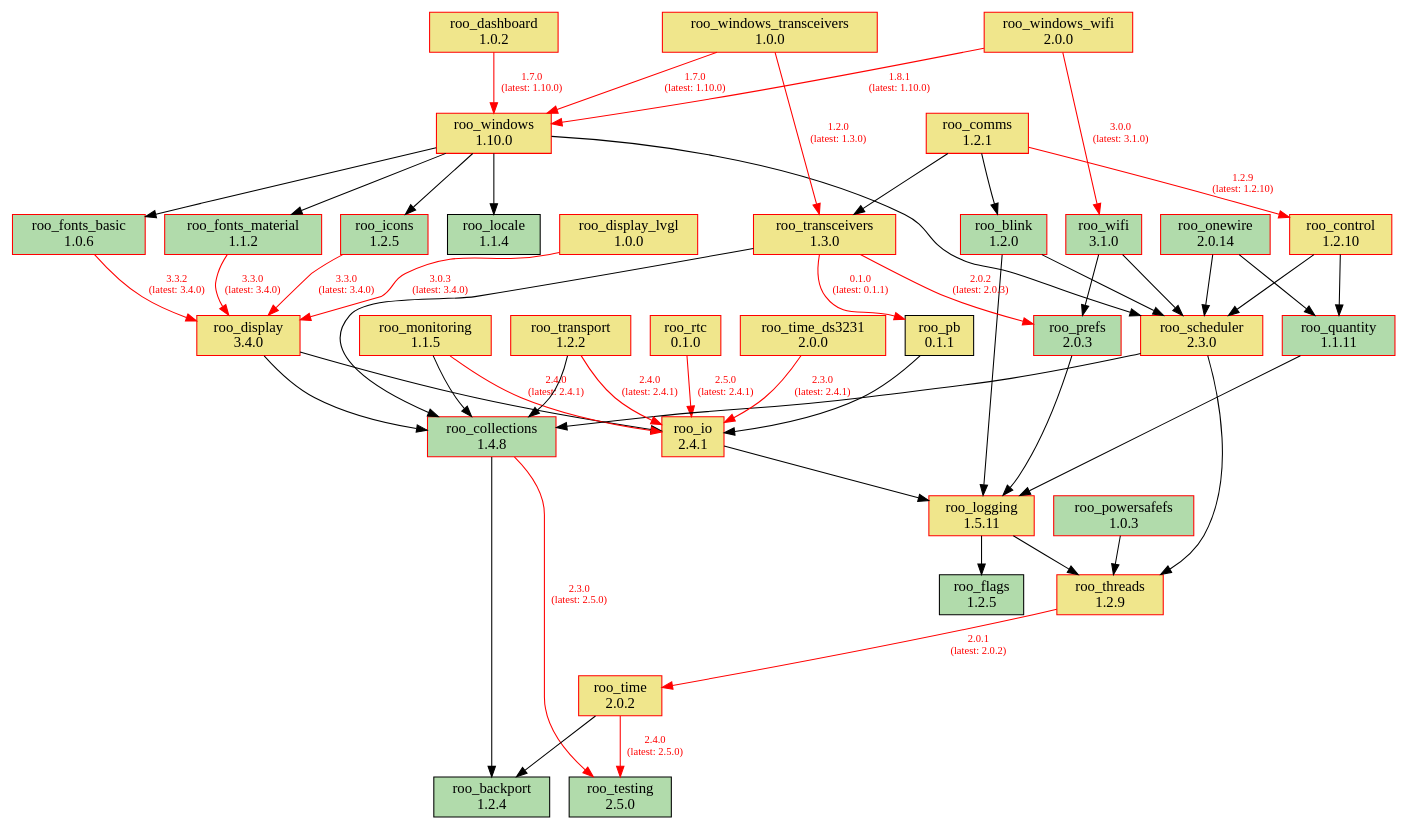
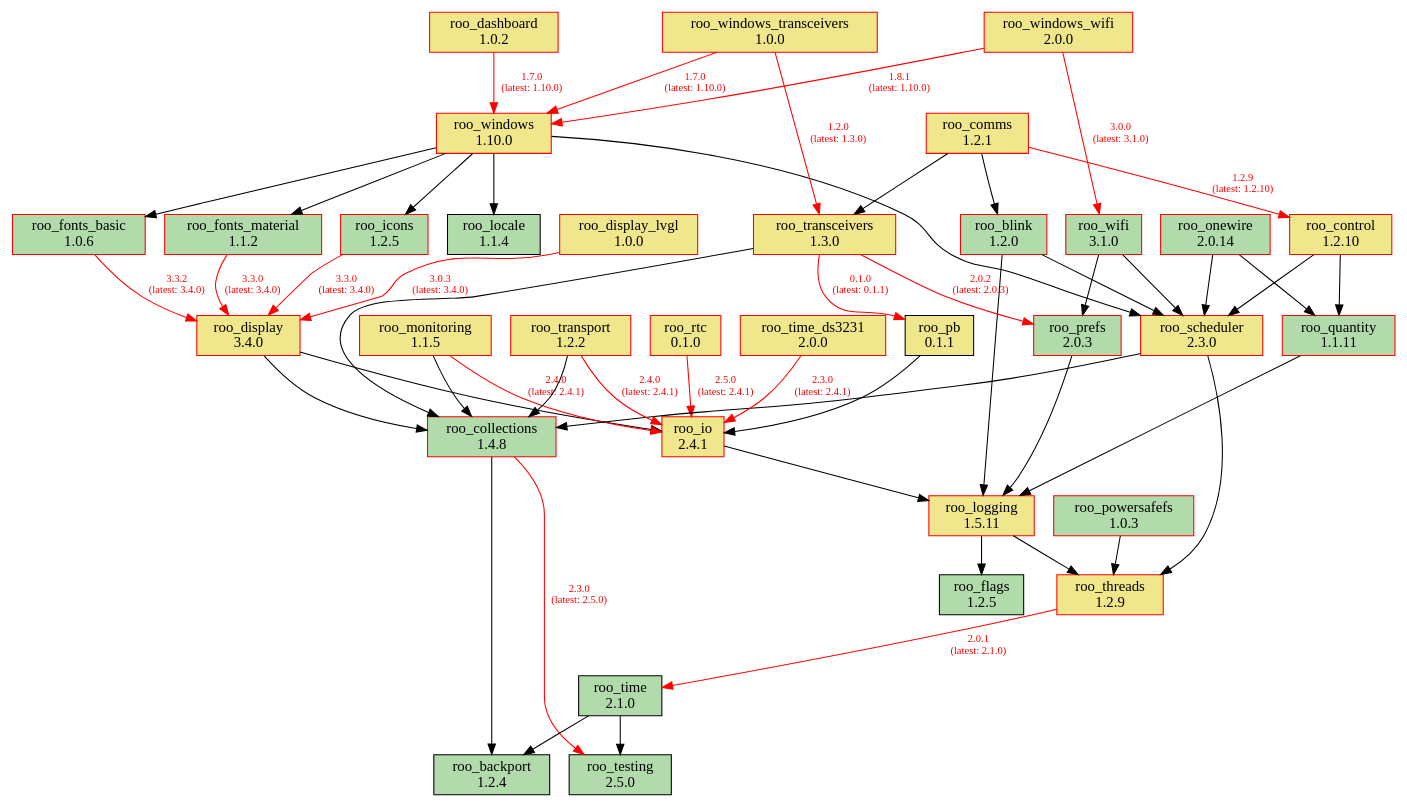
The diagram in doc/dependencies.dot (dejwk/roo-registry), drawn with Graphviz before and after one commit. The commit also changed 3 other files, not shown here.

Commit message:
Added roo_time 2.1.0 to the registry.

```diff
--- a/doc/dependencies.dot
+++ b/doc/dependencies.dot
@@ -1,92 +1,92 @@
 digraph dependencies {
     rankdir=TB;
     node [shape=box, style=filled];
     edge [fontsize=10];
 
     // Modules
     "roo_backport" [label="roo_backport\n1.2.4", fillcolor="#b1dbab", color="black"];
     "roo_blink" [label="roo_blink\n1.2.0", fillcolor="#b1dbab", color="red"];
     "roo_collections" [label="roo_collections\n1.4.8", fillcolor="#b1dbab", color="red"];
     "roo_comms" [label="roo_comms\n1.2.1", fillcolor="khaki", color="red"];
     "roo_control" [label="roo_control\n1.2.10", fillcolor="khaki", color="red"];
     "roo_dashboard" [label="roo_dashboard\n1.0.2", fillcolor="khaki", color="red"];
     "roo_display" [label="roo_display\n3.4.0", fillcolor="khaki", color="red"];
     "roo_display_lvgl" [label="roo_display_lvgl\n1.0.0", fillcolor="khaki", color="red"];
     "roo_flags" [label="roo_flags\n1.2.5", fillcolor="#b1dbab", color="black"];
     "roo_fonts_basic" [label="roo_fonts_basic\n1.0.6", fillcolor="#b1dbab", color="red"];
     "roo_fonts_material" [label="roo_fonts_material\n1.1.2", fillcolor="#b1dbab", color="red"];
     "roo_icons" [label="roo_icons\n1.2.5", fillcolor="#b1dbab", color="red"];
     "roo_io" [label="roo_io\n2.4.1", fillcolor="khaki", color="red"];
     "roo_locale" [label="roo_locale\n1.1.4", fillcolor="#b1dbab", color="black"];
     "roo_logging" [label="roo_logging\n1.5.11", fillcolor="khaki", color="red"];
     "roo_monitoring" [label="roo_monitoring\n1.1.5", fillcolor="khaki", color="red"];
     "roo_onewire" [label="roo_onewire\n2.0.14", fillcolor="#b1dbab", color="red"];
     "roo_pb" [label="roo_pb\n0.1.1", fillcolor="khaki", color="black"];
     "roo_powersafefs" [label="roo_powersafefs\n1.0.3", fillcolor="#b1dbab", color="red"];
     "roo_prefs" [label="roo_prefs\n2.0.3", fillcolor="#b1dbab", color="red"];
     "roo_quantity" [label="roo_quantity\n1.1.11", fillcolor="#b1dbab", color="red"];
     "roo_rtc" [label="roo_rtc\n0.1.0", fillcolor="khaki", color="red"];
     "roo_scheduler" [label="roo_scheduler\n2.3.0", fillcolor="khaki", color="red"];
     "roo_testing" [label="roo_testing\n2.5.0", fillcolor="#b1dbab", color="black"];
     "roo_threads" [label="roo_threads\n1.2.9", fillcolor="khaki", color="red"];
-    "roo_time" [label="roo_time\n2.0.2", fillcolor="khaki", color="red"];
+    "roo_time" [label="roo_time\n2.1.0", fillcolor="#b1dbab", color="black"];
     "roo_time_ds3231" [label="roo_time_ds3231\n2.0.0", fillcolor="khaki", color="red"];
     "roo_transceivers" [label="roo_transceivers\n1.3.0", fillcolor="khaki", color="red"];
     "roo_transport" [label="roo_transport\n1.2.2", fillcolor="khaki", color="red"];
     "roo_wifi" [label="roo_wifi\n3.1.0", fillcolor="#b1dbab", color="red"];
     "roo_windows" [label="roo_windows\n1.10.0", fillcolor="khaki", color="red"];
     "roo_windows_transceivers" [label="roo_windows_transceivers\n1.0.0", fillcolor="khaki", color="red"];
     "roo_windows_wifi" [label="roo_windows_wifi\n2.0.0", fillcolor="khaki", color="red"];
 
     // Dependencies
     "roo_blink" -> "roo_logging";
     "roo_blink" -> "roo_scheduler";
     "roo_collections" -> "roo_testing" [color=red, fontcolor=red, label="2.3.0\n(latest: 2.5.0)"];
     "roo_collections" -> "roo_backport";
     "roo_comms" -> "roo_blink";
     "roo_comms" -> "roo_control" [color=red, fontcolor=red, label="1.2.9\n(latest: 1.2.10)"];
     "roo_comms" -> "roo_transceivers";
     "roo_control" -> "roo_quantity";
     "roo_control" -> "roo_scheduler";
     "roo_dashboard" -> "roo_windows" [color=red, fontcolor=red, label="1.7.0\n(latest: 1.10.0)"];
     "roo_display" -> "roo_collections";
     "roo_display" -> "roo_io";
     "roo_display_lvgl" -> "roo_display" [color=red, fontcolor=red, label="3.0.3\n(latest: 3.4.0)"];
     "roo_fonts_basic" -> "roo_display" [color=red, fontcolor=red, label="3.3.2\n(latest: 3.4.0)"];
     "roo_fonts_material" -> "roo_display" [color=red, fontcolor=red, label="3.3.0\n(latest: 3.4.0)"];
     "roo_icons" -> "roo_display" [color=red, fontcolor=red, label="3.3.0\n(latest: 3.4.0)"];
     "roo_io" -> "roo_logging";
     "roo_logging" -> "roo_flags";
     "roo_logging" -> "roo_threads";
     "roo_monitoring" -> "roo_collections";
     "roo_monitoring" -> "roo_io" [color=red, fontcolor=red, label="2.4.0\n(latest: 2.4.1)"];
     "roo_onewire" -> "roo_scheduler";
     "roo_onewire" -> "roo_quantity";
     "roo_pb" -> "roo_io";
     "roo_powersafefs" -> "roo_threads";
     "roo_prefs" -> "roo_logging";
     "roo_quantity" -> "roo_logging";
     "roo_rtc" -> "roo_io" [color=red, fontcolor=red, label="2.5.0\n(latest: 2.4.1)"];
     "roo_scheduler" -> "roo_collections";
     "roo_scheduler" -> "roo_threads";
-    "roo_threads" -> "roo_time" [color=red, fontcolor=red, label="2.0.1\n(latest: 2.0.2)"];
-    "roo_time" -> "roo_testing" [color=red, fontcolor=red, label="2.4.0\n(latest: 2.5.0)"];
+    "roo_threads" -> "roo_time" [color=red, fontcolor=red, label="2.0.1\n(latest: 2.1.0)"];
+    "roo_time" -> "roo_testing";
     "roo_time" -> "roo_backport";
     "roo_time_ds3231" -> "roo_io" [color=red, fontcolor=red, label="2.3.0\n(latest: 2.4.1)"];
     "roo_transceivers" -> "roo_pb" [color=red, fontcolor=red, label="0.1.0\n(latest: 0.1.1)"];
     "roo_transceivers" -> "roo_collections";
     "roo_transceivers" -> "roo_prefs" [color=red, fontcolor=red, label="2.0.2\n(latest: 2.0.3)"];
     "roo_transport" -> "roo_collections";
     "roo_transport" -> "roo_io" [color=red, fontcolor=red, label="2.4.0\n(latest: 2.4.1)"];
     "roo_wifi" -> "roo_prefs";
     "roo_wifi" -> "roo_scheduler";
     "roo_windows" -> "roo_fonts_basic";
     "roo_windows" -> "roo_fonts_material";
     "roo_windows" -> "roo_locale";
     "roo_windows" -> "roo_icons";
     "roo_windows" -> "roo_scheduler";
     "roo_windows_transceivers" -> "roo_transceivers" [color=red, fontcolor=red, label="1.2.0\n(latest: 1.3.0)"];
     "roo_windows_transceivers" -> "roo_windows" [color=red, fontcolor=red, label="1.7.0\n(latest: 1.10.0)"];
     "roo_windows_wifi" -> "roo_wifi" [color=red, fontcolor=red, label="3.0.0\n(latest: 3.1.0)"];
     "roo_windows_wifi" -> "roo_windows" [color=red, fontcolor=red, label="1.8.1\n(latest: 1.10.0)"];
 }
```
